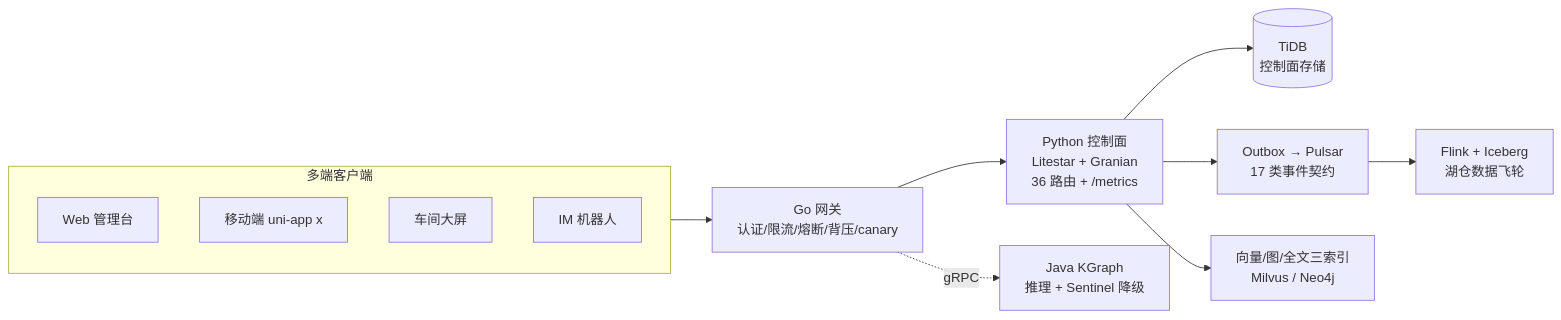
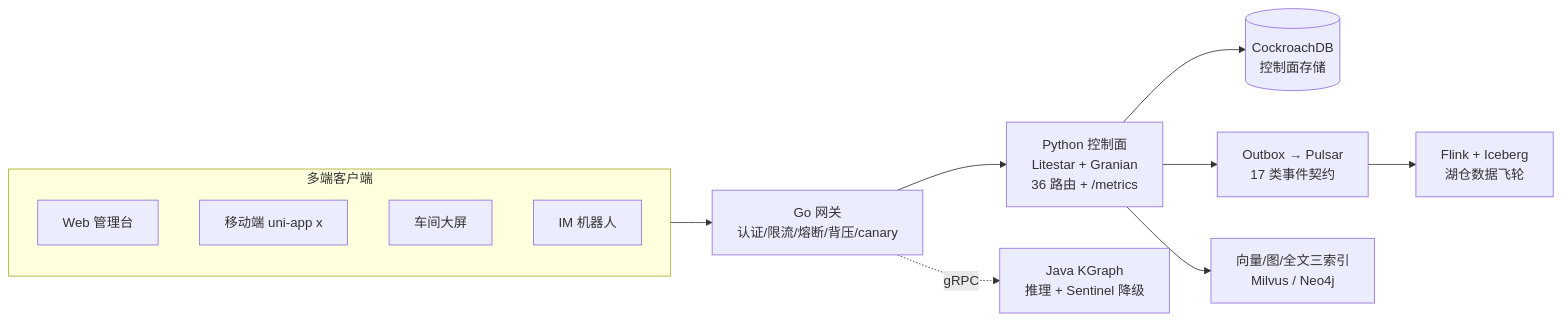
The first of 4 diagrams in README.md (tianqiongenze/AI-EKB), drawn with Mermaid before and after one commit. The commit also changed other lines of this file and 1 other file, not shown here.

````diff
--- a/README.md
+++ b/README.md
@@ -22,13 +22,13 @@
 ```mermaid
 flowchart LR
     subgraph Clients[多端客户端]
         W[Web 管理台] ; M[移动端 uni-app x] ; S[车间大屏] ; IM[IM 机器人]
     end
     Clients --> GW[Go 网关\n认证/限流/熔断/背压/canary]
     GW --> CP[Python 控制面\nLitestar + Granian\n36 路由 + /metrics]
-    CP --> DB[(TiDB\n控制面存储)]
+    CP --> DB[(CockroachDB\n控制面存储)]
     CP --> OB[Outbox → Pulsar\n17 类事件契约]
     CP --> V[向量/图/全文三索引\nMilvus / Neo4j]
     OB --> F[Flink + Iceberg\n湖仓数据飞轮]
     GW -.gRPC.-> JG[Java KGraph\n推理 + Sentinel 降级]
 ```
````
